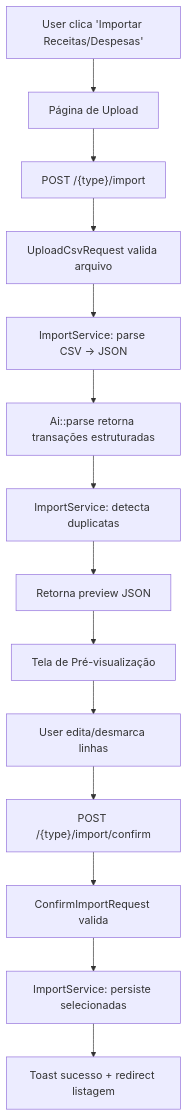
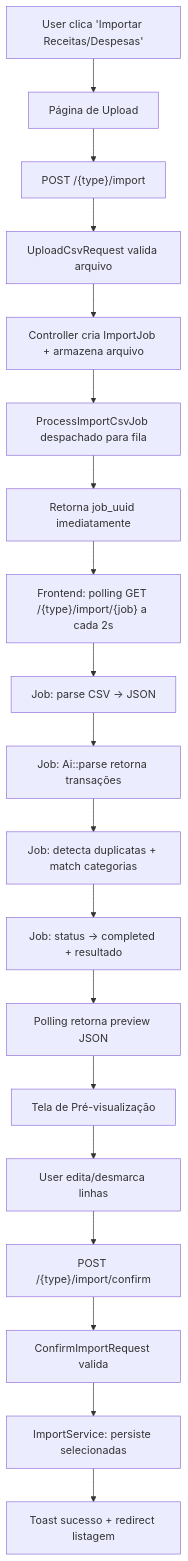
The diagram in .specs/features/importacao-csv/design.md (Gustah-araujo/fin), drawn with Mermaid before and after one commit. The commit also changed other lines of this file and 3 other files, not shown here.

Commit message:
CSV import plan adjusted: sync → async (Job + polling). 17 tasks, 22 files, 39+ tests.

````diff
--- a/.specs/features/importacao-csv/design.md
+++ b/.specs/features/importacao-csv/design.md
@@ -13,16 +13,21 @@
 ```mermaid
 graph TD
     A["User clica 'Importar Receitas/Despesas'"] --> B["Página de Upload"]
     B --> C["POST /{type}/import"]
     C --> D["UploadCsvRequest valida arquivo"]
-    D --> E["ImportService: parse CSV → JSON"]
-    E --> F["Ai::parse retorna transações estruturadas"]
-    F --> G["ImportService: detecta duplicatas"]
-    G --> H["Retorna preview JSON"]
-    H --> I["Tela de Pré-visualização"]
-    I --> J["User edita/desmarca linhas"]
-    J --> K["POST /{type}/import/confirm"]
-    K --> L["ConfirmImportRequest valida"]
-    L --> M["ImportService: persiste selecionadas"]
-    M --> N["Toast sucesso + redirect listagem"]
+    D --> E["Controller cria ImportJob + armazena arquivo"]
+    E --> F["ProcessImportCsvJob despachado para fila"]
+    F --> G["Retorna job_uuid imediatamente"]
+    G --> H["Frontend: polling GET /{type}/import/{job} a cada 2s"]
+    H --> I["Job: parse CSV → JSON"]
+    I --> J["Job: Ai::parse retorna transações"]
+    J --> K["Job: detecta duplicatas + match categorias"]
+    K --> L["Job: status → completed + resultado"]
+    L --> M["Polling retorna preview JSON"]
+    M --> N["Tela de Pré-visualização"]
+    N --> O["User edita/desmarca linhas"]
+    O --> P["POST /{type}/import/confirm"]
+    P --> Q["ConfirmImportRequest valida"]
+    Q --> R["ImportService: persiste selecionadas"]
+    R --> S["Toast sucesso + redirect listagem"]
 ```
````
